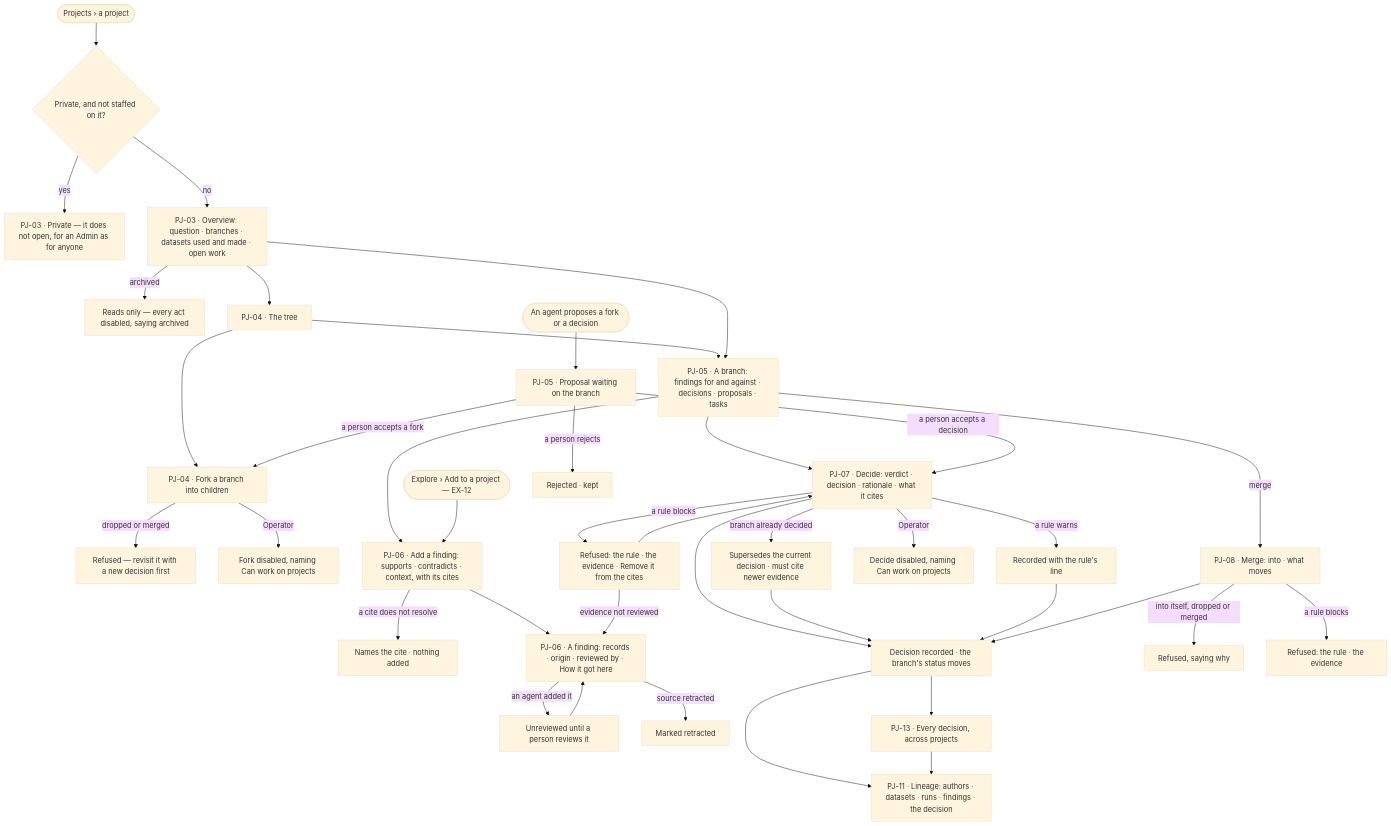
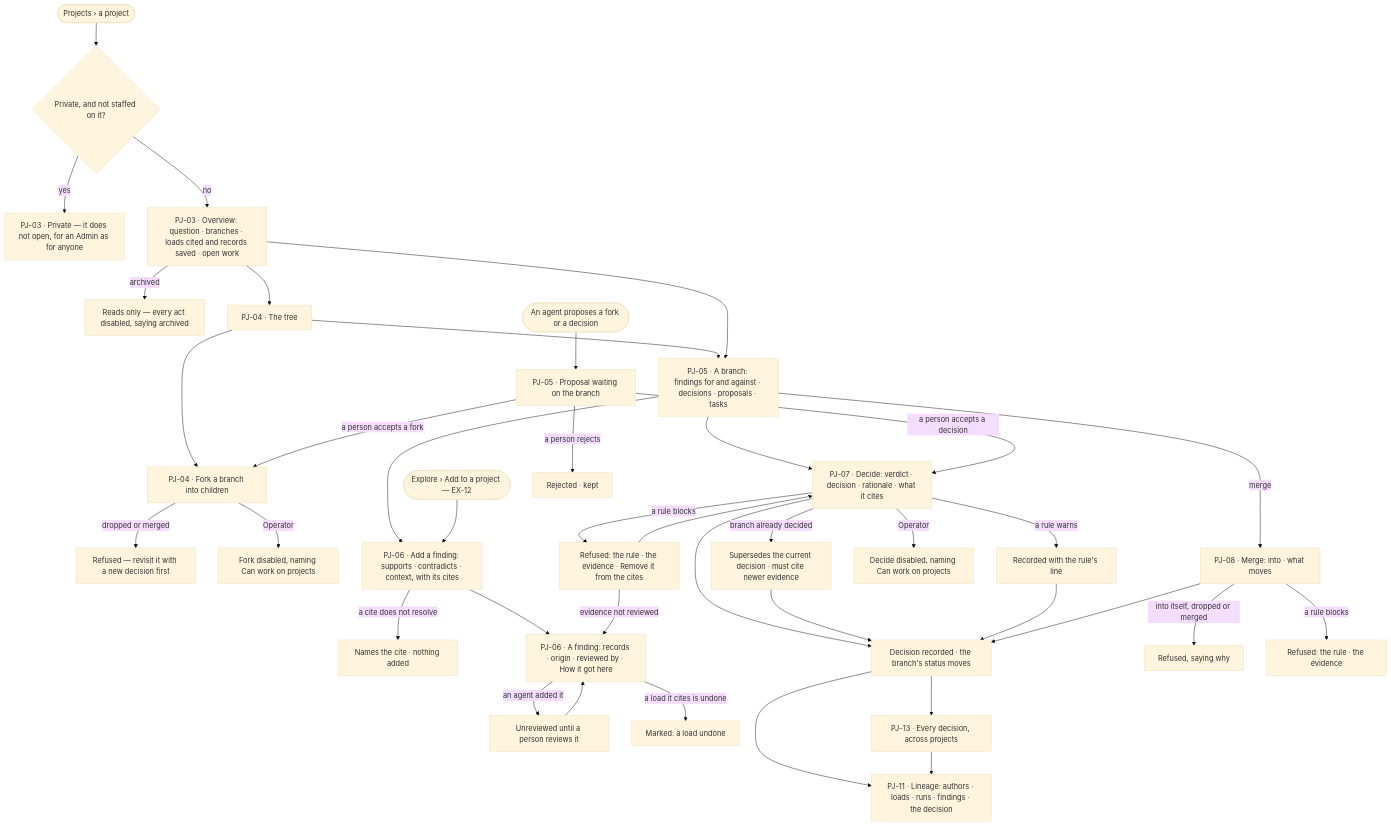
Before and after one commit to invana/invana: the first of 2 diagrams in specs/capabilities/projects/features/PJ-F03-branches-findings-and-decisions/feature.md, drawn with Mermaid (base theme). The commit also changed other lines of this file and 637 other files, not shown here.

````diff
--- a/specs/capabilities/projects/features/PJ-F03-branches-findings-and-decisions/feature.md
+++ b/specs/capabilities/projects/features/PJ-F03-branches-findings-and-decisions/feature.md
@@ -23,40 +24,40 @@
 ```mermaid
 flowchart TD
   start([Projects › a project]) --> vis{"Private, and not staffed on it?"}
   vis -->|yes| priv["PJ-03 · Private — it does not open, for an Admin as for anyone"]
-  vis -->|no| ov["PJ-03 · Overview: question · branches · datasets used and made · open work"]
+  vis -->|no| ov["PJ-03 · Overview: question · branches · loads cited and records saved · open work"]
   ov -->|archived| arch["Reads only — every act disabled, saying archived"]
   ov --> tree["PJ-04 · The tree"]
   tree --> fork["PJ-04 · Fork a branch into children"]
   fork -->|dropped or merged| rf["Refused — revisit it with a new decision first"]
   fork -->|Operator| fo["Fork disabled, naming Can work on projects"]
   tree --> br["PJ-05 · A branch: findings for and against · decisions · proposals · tasks"]
   ov --> br
   br --> add["PJ-06 · Add a finding: supports · contradicts · context, with its cites"]
   add -->|a cite does not resolve| rc["Names the cite · nothing added"]
   explore([Explore › Add to a project — EX-12]) --> add
   add --> fd["PJ-06 · A finding: records · origin · reviewed by · How it got here"]
   fd -->|an agent added it| rev["Unreviewed until a person reviews it"] --> fd
-  fd -->|source retracted| rt["Marked retracted"]
+  fd -->|a load it cites is undone| rt["Marked: a load undone"]
   br --> dec["PJ-07 · Decide: verdict · decision · rationale · what it cites"]
   dec -->|a rule blocks| rr["Refused: the rule · the evidence · Remove it from the cites"]
   rr -->|evidence not reviewed| fd
   rr --> dec
   dec -->|a rule warns| dw["Recorded with the rule's line"]
   dec -->|branch already decided| sup["Supersedes the current decision · must cite newer evidence"]
   dec -->|Operator| dn["Decide disabled, naming Can work on projects"]
   dec --> rec["Decision recorded · the branch's status moves"]
   sup --> rec
   dw --> rec
   br -->|merge| mg["PJ-08 · Merge: into · what moves"]
   mg -->|into itself, dropped or merged| mr["Refused, saying why"]
   mg -->|a rule blocks| mrr["Refused: the rule · the evidence"]
   mg --> rec
   agent([An agent proposes a fork or a decision]) --> prop["PJ-05 · Proposal waiting on the branch"]
   prop -->|a person accepts a fork| fork
   prop -->|a person accepts a decision| dec
   prop -->|a person rejects| pr["Rejected · kept"]
-  rec --> lin["PJ-11 · Lineage: authors · datasets · runs · findings · the decision"]
+  rec --> lin["PJ-11 · Lineage: authors · loads · runs · findings · the decision"]
   rec --> all["PJ-13 · Every decision, across projects"]
   all --> lin
 ```
````
